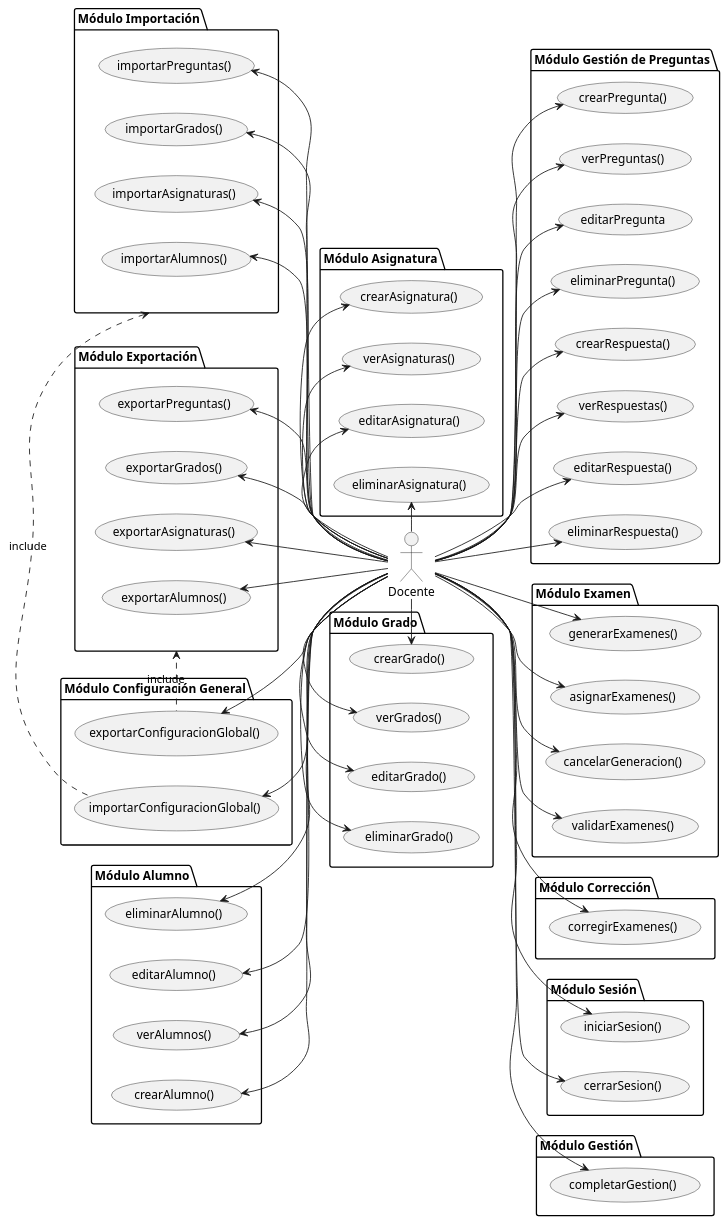
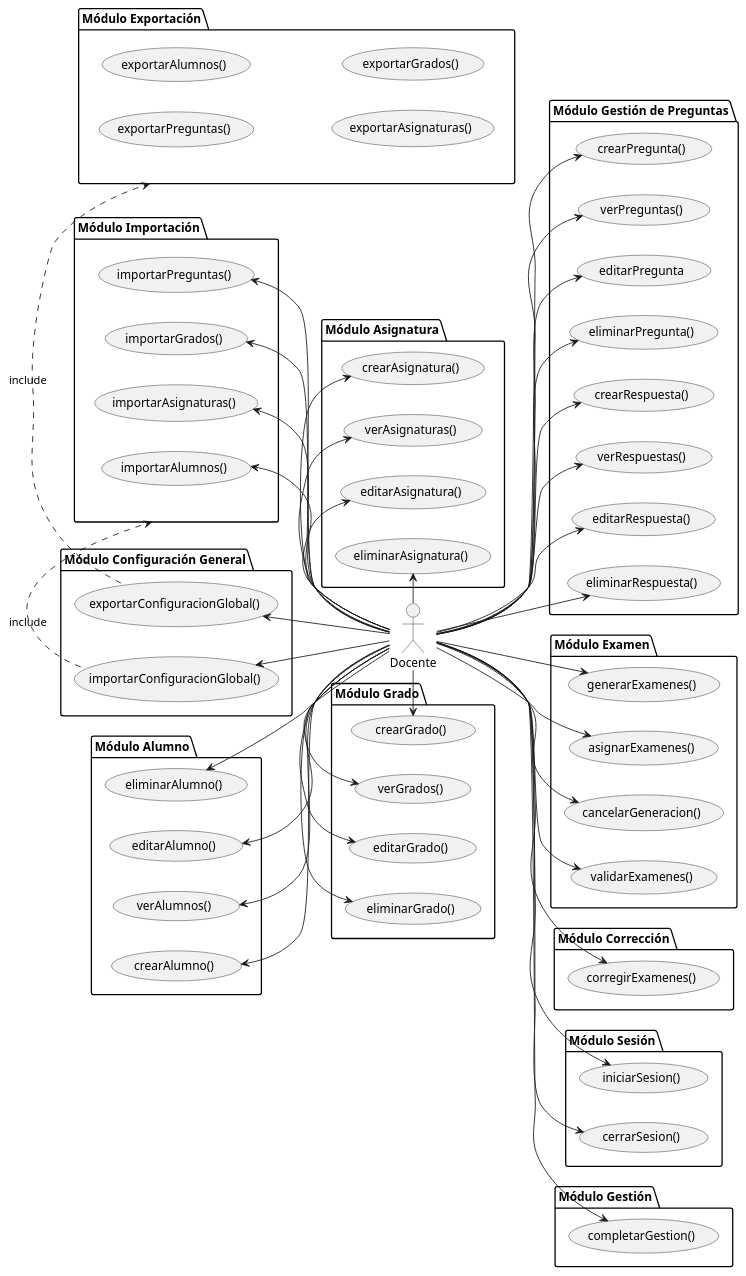
One commit to martinlopez7/25-26-IdSw1-SdR changed the diagram in documents/casos-de-uso/encontrarActoresYCasosDeUso/actoresYCasosDeUso-docente.puml. Above: the diagram before and after it, drawn with PlantUML. The commit also changed 6 other files, not shown here.

```diff
--- a/documents/casos-de-uso/encontrarActoresYCasosDeUso/actoresYCasosDeUso-docente.puml
+++ b/documents/casos-de-uso/encontrarActoresYCasosDeUso/actoresYCasosDeUso-docente.puml
@@ -1,127 +1,124 @@
 @startuml actoresYCasosDeUso-docente
 
 left to right direction
 
 actor "Docente" as doc
 
 package "Módulo Grado" {
   usecase "crearGrado()" as UC1
   usecase "verGrados()" as UC2
   usecase "editarGrado()" as UC3
   usecase "eliminarGrado()" as UC4
   
   
 }
 
 package "Módulo Asignatura" {
   usecase "crearAsignatura()" as UC5
   usecase "verAsignaturas()" as UC6
   usecase "editarAsignatura()" as UC7
   usecase "eliminarAsignatura()" as UC8
   
   
 }
 
 package "Módulo Alumno" {
   usecase "crearAlumno()" as UC9
   usecase "verAlumnos()" as UC10
   usecase "editarAlumno()" as UC11
   usecase "eliminarAlumno()" as UC12
   
   
 }
 
 package "Módulo Gestión de Preguntas" {
   usecase "crearPregunta()" as UC20
   usecase "verPreguntas()" as UC21
   usecase "editarPregunta" as UC22
   usecase "eliminarPregunta()" as UC23
  
  
  usecase "crearRespuesta()" as UC32
   usecase "verRespuestas()" as UC33
   usecase "editarRespuesta()" as UC34
   usecase "eliminarRespuesta()" as UC35
 }
 
 package "Módulo Configuración General" {
   usecase "exportarConfiguracionGlobal()" as UC26
   usecase "importarConfiguracionGlobal()" as UC27
 }
 
 package "Módulo Examen" {
   usecase "generarExamenes()" as UC28
   usecase "asignarExamenes()" as UC29
   usecase "cancelarGeneracion()" as UC40
   usecase "validarExamenes()" as UC41
 }
 
 package "Módulo Corrección" {
   usecase "corregirExamenes()" as UC31
 }
 
 package "Módulo Sesión" {
   usecase "iniciarSesion()" as UC42
   usecase "cerrarSesion()" as UC43
 }
 
 package "Módulo Gestión" {
   usecase "completarGestion()" as UC13
 
 }
 package "Módulo Importación" as MI45{
   usecase "importarAsignaturas()" as UC38
   usecase "importarPreguntas()" as UC24
   usecase "importarAlumnos()" as UC19
   usecase "importarGrados()" as UC36
 }
 package "Módulo Exportación" as ME44{
 usecase "exportarPreguntas()" as UC25
 usecase "exportarAlumnos()" as UC17
 usecase "exportarAsignaturas()" as UC39
 usecase "exportarGrados()" as UC37
 }
 
 
 doc -l-> UC1
 doc -l-> UC2
 doc -l-> UC3
 doc -l-> UC4
 doc -l-> UC5
 doc -l-> UC6
 doc -l-> UC7
 doc -l-> UC8
 doc -u-> UC9
 doc -u-> UC10
 doc -u-> UC11
 doc -u-> UC12
 doc --> UC13
-doc -u-> UC17
 doc -u-> UC19
 doc -d-> UC20
 doc -d-> UC21
 doc -d-> UC22
 doc -d-> UC23
 doc -d-> UC24
-doc -d-> UC25
+
 doc -u-> UC26
 doc -u-> UC27
 doc --> UC28
 doc --> UC29
 doc --> UC31
 doc -d-> UC32
 doc -d-> UC33
 doc -d-> UC34
 doc -d-> UC35
 doc -l-> UC36
-doc -l-> UC37
 doc -l-> UC38
-doc -l-> UC39
 doc --> UC40
 doc --> UC41
 doc --> UC42
 doc --> UC43
 ME44<.r.UC26 :include
 MI45<.r.UC27 :include
 
 @enduml
```
